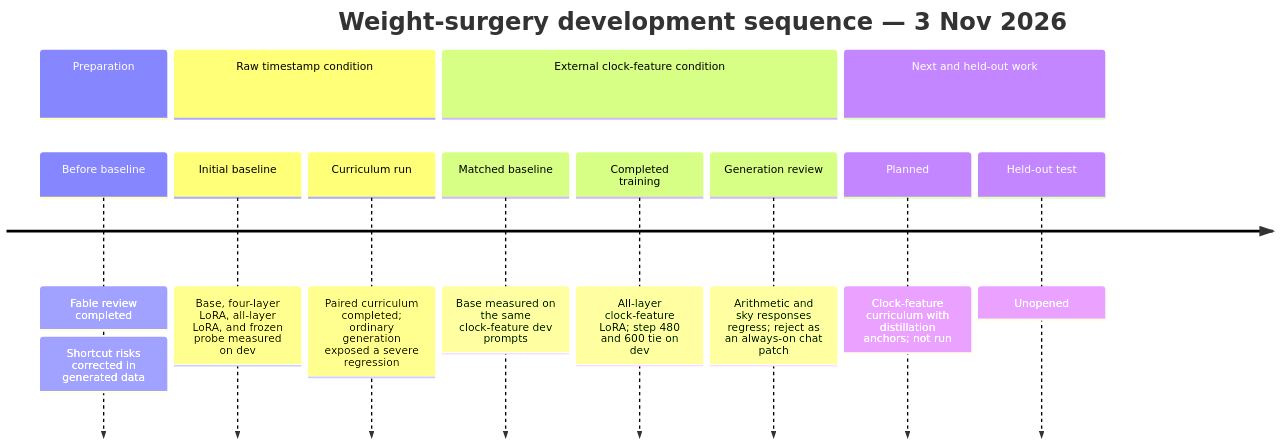
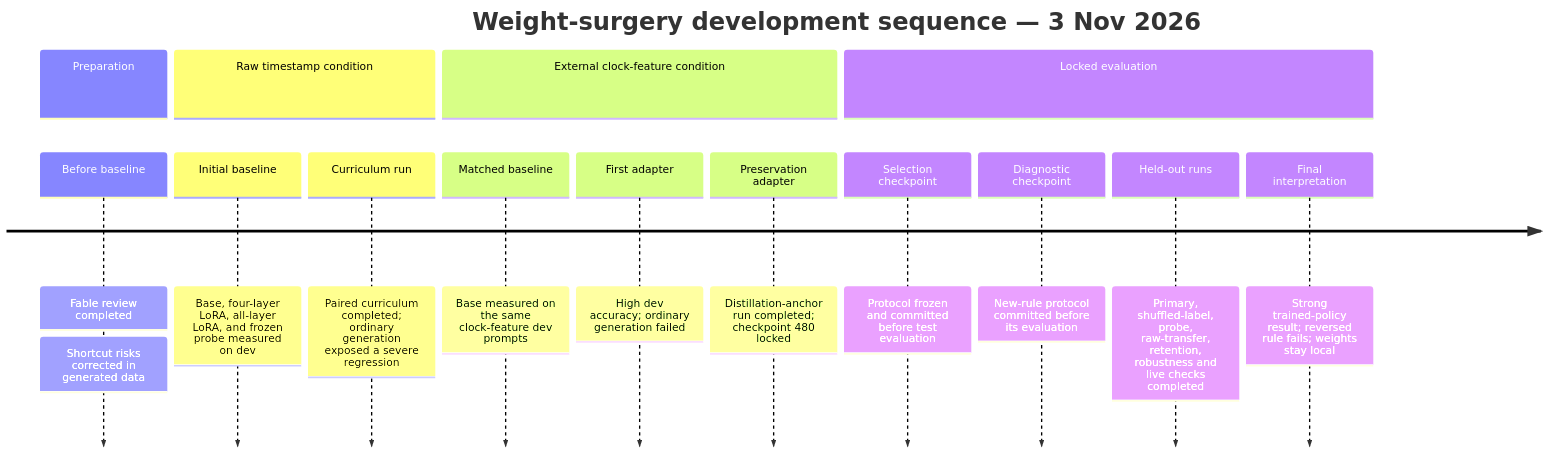
Before and after one commit to rachittshah/ticklm: the diagram in docs/weight-surgery-journey.md, drawn with Mermaid. The commit also changed other lines of this file and 5 other files, not shown here.

First line of the commit message:
docs: publish held-out TimePatch results and complete research journey

````diff
--- a/docs/weight-surgery-journey.md
+++ b/docs/weight-surgery-journey.md
@@ -8,17 +8,19 @@
 ```mermaid
 timeline
     title Weight-surgery development sequence — 3 Nov 2026
     section Preparation
         Before baseline : Fable review completed
                           : Shortcut risks corrected in generated data
     section Raw timestamp condition
         Initial baseline : Base, four-layer LoRA, all-layer LoRA, and frozen probe measured on dev
         Curriculum run : Paired curriculum completed; ordinary generation exposed a severe regression
     section External clock-feature condition
         Matched baseline : Base measured on the same clock-feature dev prompts
-        Completed training : All-layer clock-feature LoRA; step 480 and 600 tie on dev
-        Generation review : Arithmetic and sky responses regress; reject as an always-on chat patch
-    section Next and held-out work
-        Planned : Clock-feature curriculum with distillation anchors; not run
-        Held-out test : Unopened
+        First adapter : High dev accuracy; ordinary generation failed
+        Preservation adapter : Distillation-anchor run completed; checkpoint 480 locked
+    section Locked evaluation
+        Selection checkpoint : Protocol frozen and committed before test evaluation
+        Diagnostic checkpoint : New-rule protocol committed before its evaluation
+        Held-out runs : Primary, shuffled-label, probe, raw-transfer, retention, robustness and live checks completed
+        Final interpretation : Strong trained-policy result; reversed rule fails; weights stay local
 ```
````
